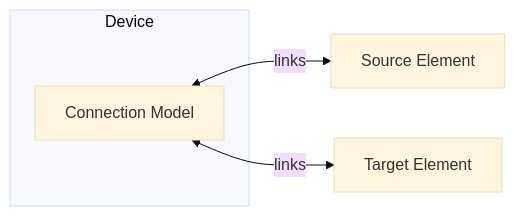
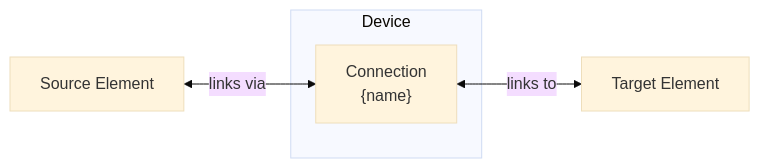
The diagram in docs/modeling/device-layer/connection.md (hass-energy/haeo), drawn with Mermaid (base theme) before and after one commit. The commit also changed other lines of this file and 6 other files, not shown here.

````diff
--- a/docs/modeling/device-layer/connection.md
+++ b/docs/modeling/device-layer/connection.md
@@ -10,12 +8,12 @@
 ```mermaid
 graph LR
     subgraph "Device"
-        MC["Connection Model"]
+        MC["Connection<br/>{name}"]
     end
 
     Source[Source Element]
     Target[Target Element]
 
-    MC <-->|links| Source
-    MC <-->|links| Target
+    Source <-->|links via| MC
+    MC <-->|links to| Target
 ```
````
